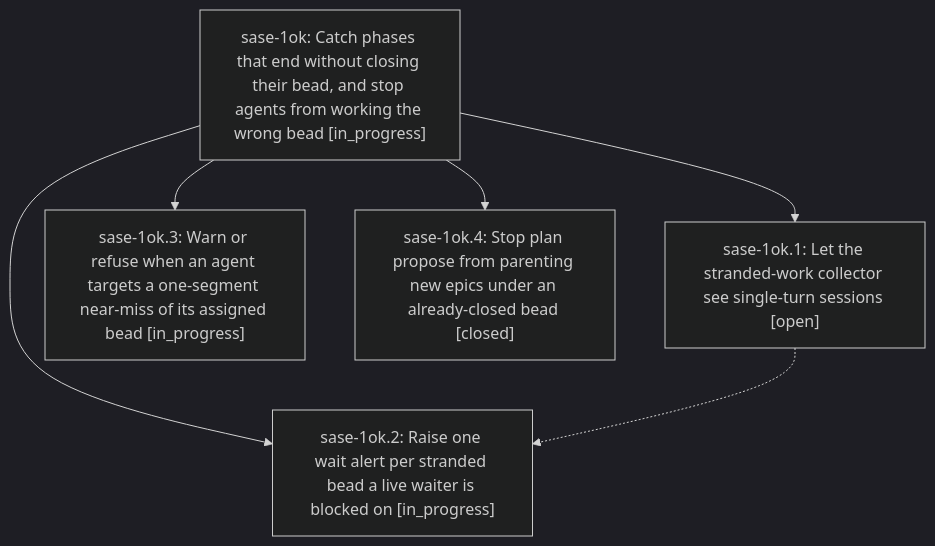
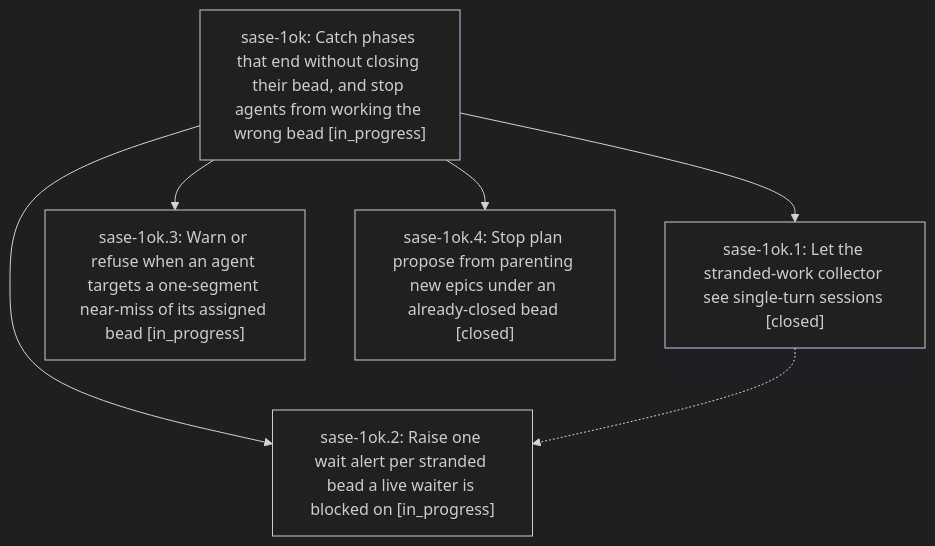
The diagram in pages/sase-1ok/README.md (sase-org/sase--beads), drawn with Mermaid (dark theme) before and after one commit. The commit also changed other lines of this file and 3 other files, not shown here.

````diff
--- a/pages/sase-1ok/README.md
+++ b/pages/sase-1ok/README.md
@@ -37,13 +37,13 @@
 ```mermaid
 flowchart TD
     n0["sase-1ok: Catch phases that end without closing their bead, and stop agents from working the wrong bead [in_progress]"]
-    n1["sase-1ok.1: Let the stranded-work collector see single-turn sessions [open]"]
+    n1["sase-1ok.1: Let the stranded-work collector see single-turn sessions [closed]"]
     n2["sase-1ok.2: Raise one wait alert per stranded bead a live waiter is blocked on [in_progress]"]
     n3["sase-1ok.3: Warn or refuse when an agent targets a one-segment near-miss of its assigned bead [in_progress]"]
     n4["sase-1ok.4: Stop plan propose from parenting new epics under an already-closed bead [closed]"]
     n0 --> n1
     n0 --> n2
     n0 --> n3
     n0 --> n4
     n1 -.-> n2
 ```
````
